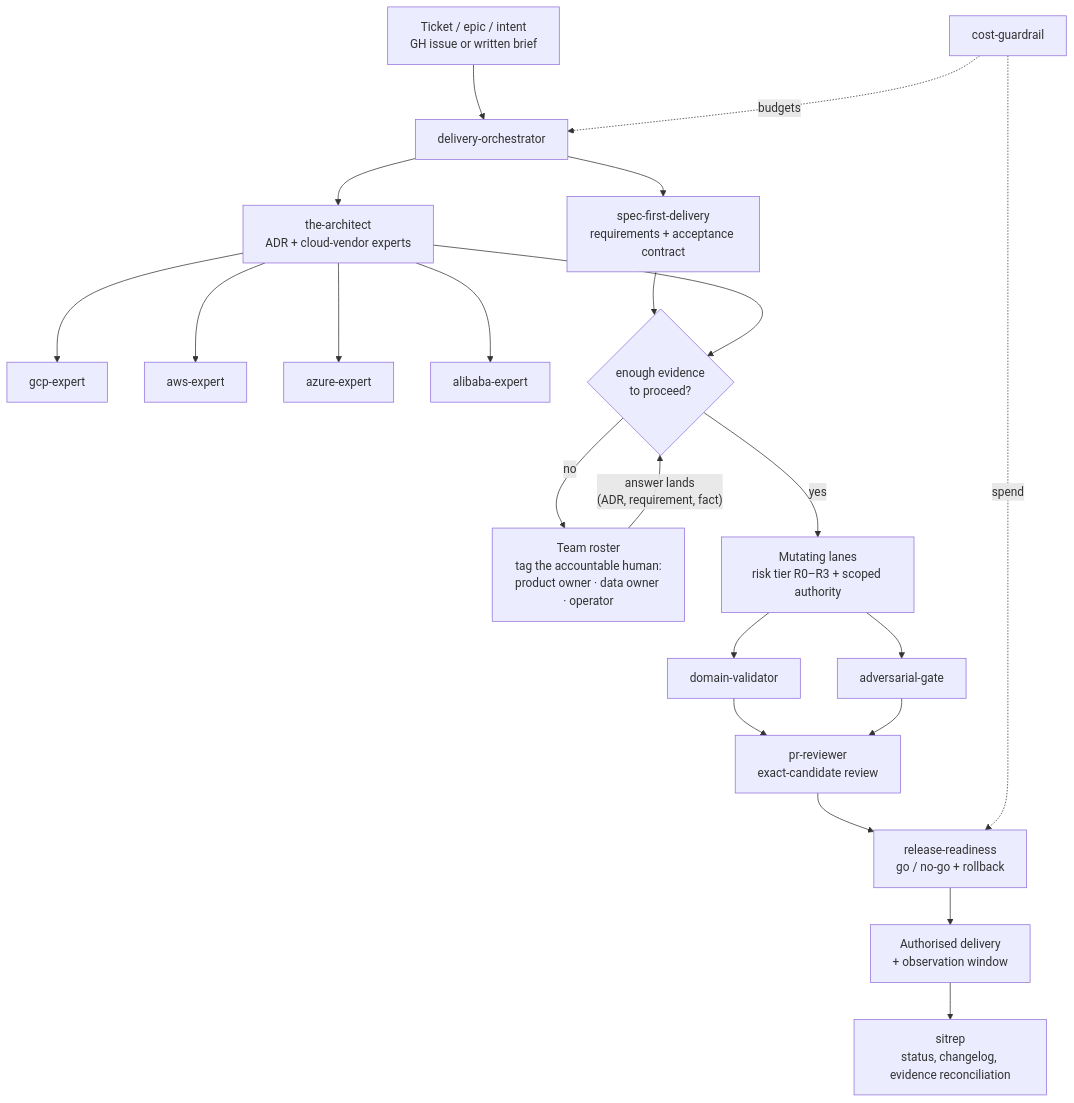
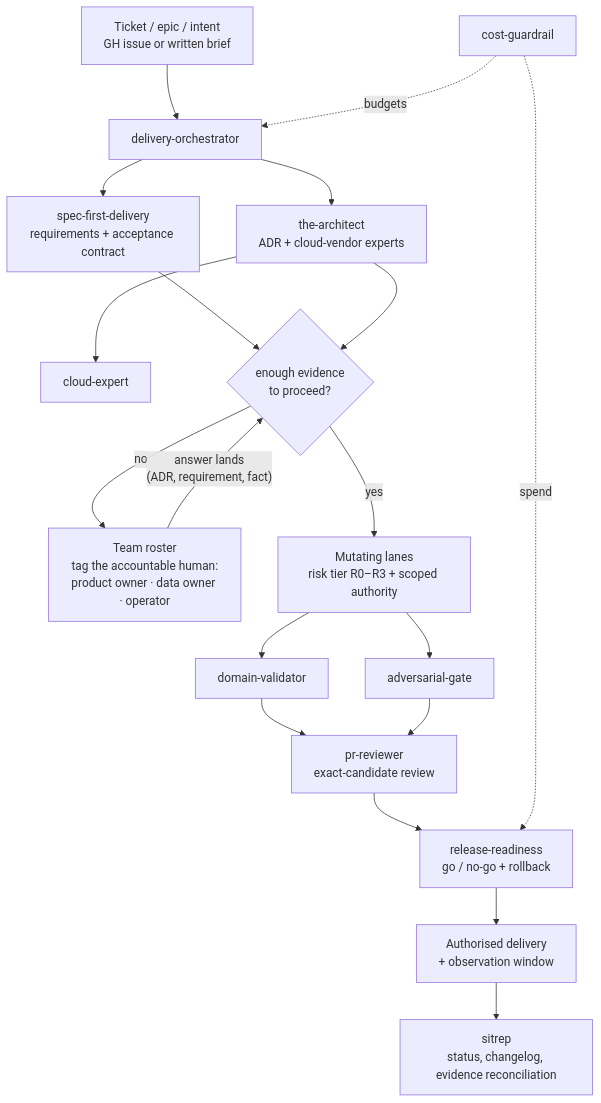
One commit to jpantsjoha/ai-native-developer-experience changed the diagram in docs/WORKFLOW.md. Above: the diagram before and after it, drawn with Mermaid. The commit also changed 22 other files, not shown here.

First line of the commit message:
feat(skills): harness audit — cloud-expert merge, get-it-done, review gate, conditional orientation

````diff
--- a/docs/WORKFLOW.md
+++ b/docs/WORKFLOW.md
@@ -7,26 +7,23 @@
 ```mermaid
 flowchart TD
     T["Ticket / epic / intent<br/>GH issue or written brief"] --> O[delivery-orchestrator]
     O --> SPEC[spec-first-delivery<br/>requirements + acceptance contract]
     O --> ARCH[the-architect<br/>ADR + cloud-vendor experts]
-    ARCH --> GCP[gcp-expert]
-    ARCH --> AWS[aws-expert]
-    ARCH --> AZ[azure-expert]
-    ARCH --> ALI[alibaba-expert]
+    ARCH --> CLOUD[cloud-expert]
 
     SPEC --> E{enough evidence<br/>to proceed?}
     ARCH --> E
     E -- "no" --> R["Team roster<br/>tag the accountable human:<br/>product owner · data owner · operator"]
     R -- "answer lands<br/>(ADR, requirement, fact)" --> E
     E -- "yes" --> L["Mutating lanes<br/>risk tier R0–R3 + scoped authority"]
     L --> DV[domain-validator]
     L --> AG[adversarial-gate]
     DV --> PR[pr-reviewer<br/>exact-candidate review]
     AG --> PR
     PR --> RR[release-readiness<br/>go / no-go + rollback]
     RR --> D["Authorised delivery<br/>+ observation window"]
     D --> SR[sitrep<br/>status, changelog, evidence reconciliation]
 
     CG[cost-guardrail] -. budgets .-> O
     CG -. spend .-> RR
 ```
````
